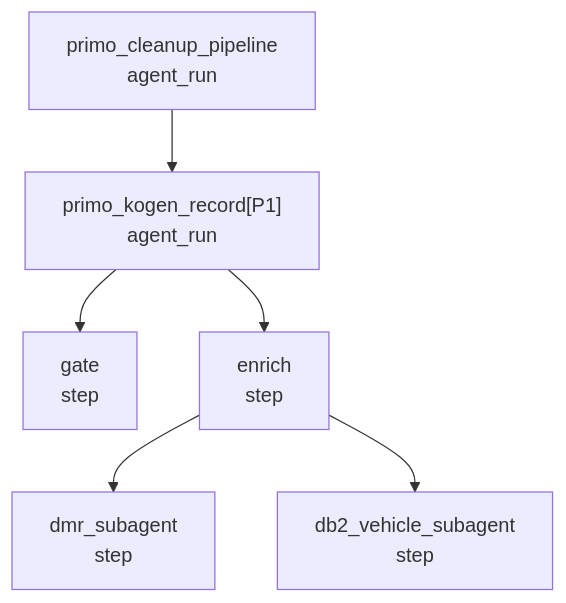
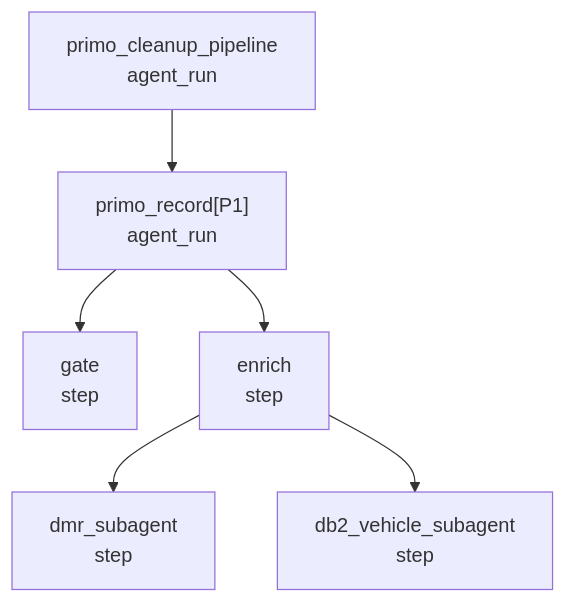
Before and after one commit to joachimbulow/agenttrace: the first of 8 diagrams in explanations/sdk-lifecycle.md, drawn with Mermaid. The commit also changed 4 other files, not shown here.

````diff
--- a/explanations/sdk-lifecycle.md
+++ b/explanations/sdk-lifecycle.md
@@ -28,15 +28,15 @@
 ```mermaid
 flowchart TD
     root["primo_cleanup_pipeline<br/>agent_run"]
-    rec["primo_kogen_record[P1]<br/>agent_run"]
+    rec["primo_record[P1]<br/>agent_run"]
     gate["gate<br/>step"]
     enrich["enrich<br/>step"]
     dmr["dmr_subagent<br/>step"]
     db2["db2_vehicle_subagent<br/>step"]
 
     root --> rec
     rec --> gate
     rec --> enrich
     enrich --> dmr
     enrich --> db2
 ```
````
